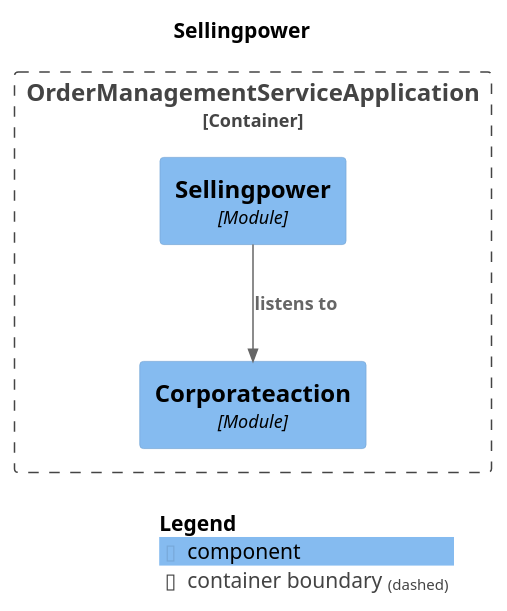
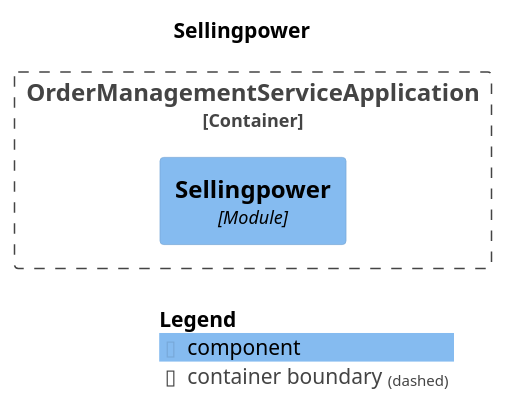
Before and after one commit to NosearY/order-management-service-reference-implementation: the diagram in static/spring-modulith-docs/module-sellingpower.puml, drawn with PlantUML. The commit also changed 22 other files, not shown here.

```diff
--- a/static/spring-modulith-docs/module-sellingpower.puml
+++ b/static/spring-modulith-docs/module-sellingpower.puml
@@ -1,19 +1,17 @@
 @startuml
 set separator none
 title Sellingpower
 
 top to bottom direction
 
 !include <C4/C4>
 !include <C4/C4_Context>
 !include <C4/C4_Component>
 
 Container_Boundary("OrderManagementServiceApplication.OrderManagementServiceApplication_boundary", "OrderManagementServiceApplication", $tags="") {
-  Component(OrderManagementServiceApplication.OrderManagementServiceApplication.Corporateaction, "Corporateaction", $techn="Module", $descr="", $tags="", $link="")
   Component(OrderManagementServiceApplication.OrderManagementServiceApplication.Sellingpower, "Sellingpower", $techn="Module", $descr="", $tags="", $link="")
 }
 
-Rel(OrderManagementServiceApplication.OrderManagementServiceApplication.Sellingpower, OrderManagementServiceApplication.OrderManagementServiceApplication.Corporateaction, "listens to", $techn="", $tags="", $link="")
 
 SHOW_LEGEND(true)
 @enduml
```
